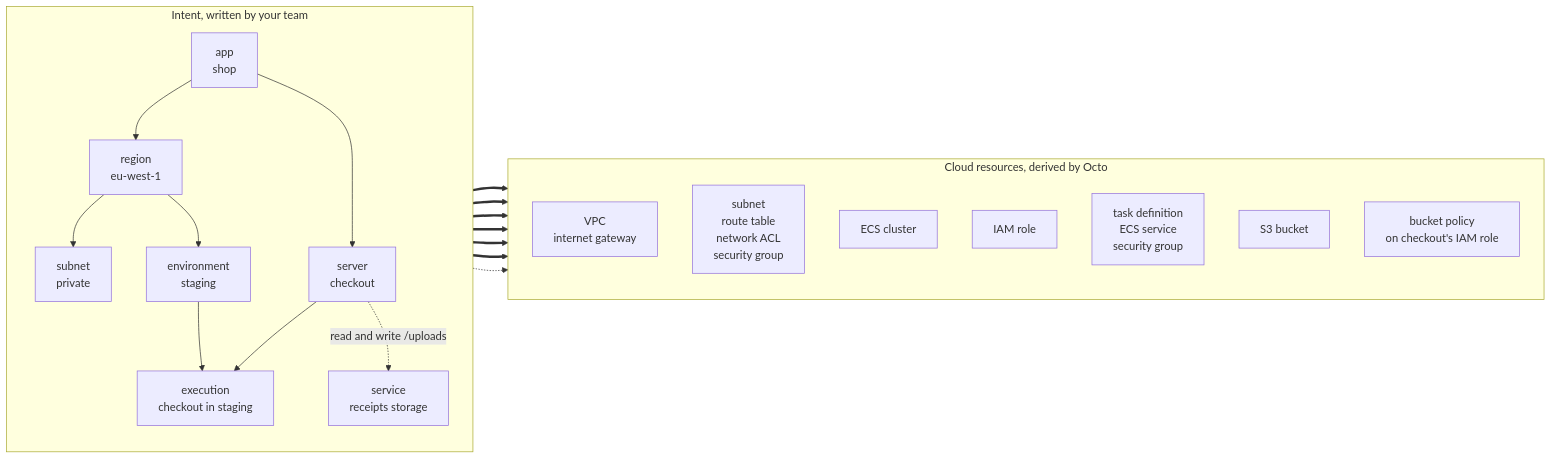
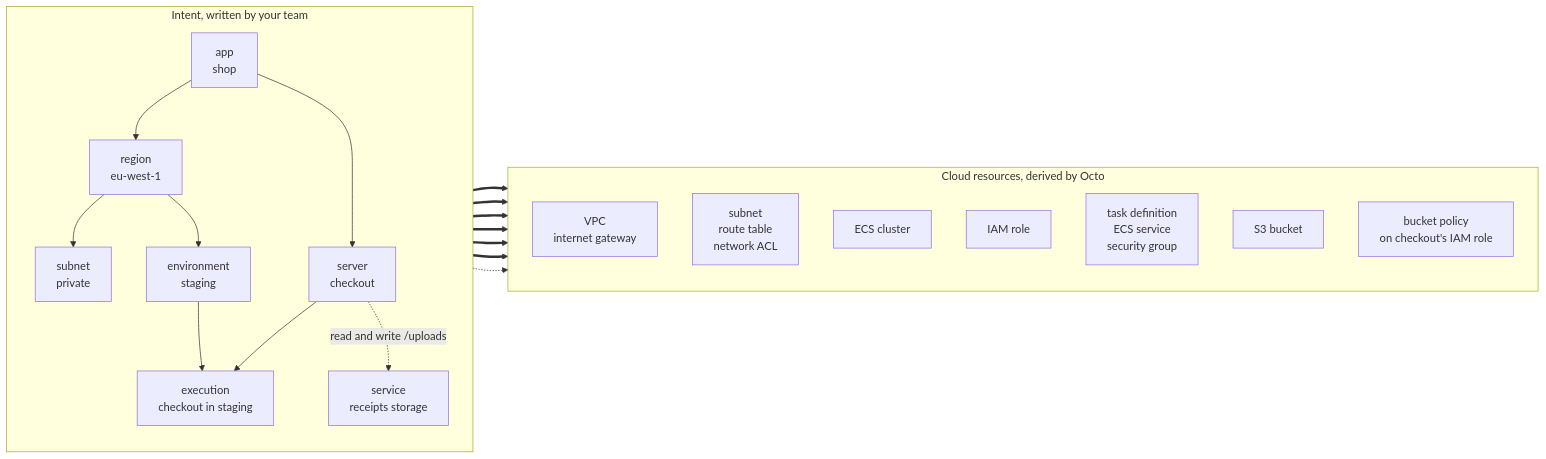
The diagram in apps/octo-docs/docs/introduction.mdx (quadnix/octo), drawn with Mermaid before and after one commit. The commit also changed 1 other file, not shown here.

Commit message:
chore(docs): octo-docs | draw the subnet the shop gets, and stop editing terraform's plan.
The introduction's diagram put a security group under the subnet. `AwsSimpleSubnetModule` creates
one only on the `localFilesystems` path, for an EFS mount target, and the shop has no filesystem:
the run that diagram depicts produces a subnet, a route table, and a network ACL. A diagram has to
be true to what the modules actually produce, and this is the first picture a reader sees of the
two columns.

`why-octo` quoted a terraform plan and appended `, every one of them (known after apply)` to
terraform's own trim line. The plan is trimmed and the page says so, which is fine; adding words to
the tool's output inside a block presented as the tool's is not, and the paragraph after it already
makes that point from `policy = (known after apply)`, which terraform did print.

Claude-Session: https://claude.ai/code/session_017g3dVFBgq8nndrPtaAb8Xr

````diff
--- a/apps/octo-docs/docs/introduction.mdx
+++ b/apps/octo-docs/docs/introduction.mdx
@@ -58,40 +58,40 @@
 ```mermaid
 graph LR
 ;
     subgraph written["Intent, written by your team"]
         direction TB;
         app["app<br/>shop"];
         region["region<br/>eu-west-1"];
         subnet["subnet<br/>private"];
         environment["environment<br/>staging"];
         server["server<br/>checkout"];
         execution["execution<br/>checkout in staging"];
         service["service<br/>receipts storage"];
         app --> region;
         region --> subnet;
         region --> environment;
         app --> server;
         server --> execution;
         environment --> execution;
         server -. " read and write /uploads " .-> service;
     end
 
     subgraph derived["Cloud resources, derived by Octo"]
         direction TB;
         regionR["VPC<br/>internet gateway"];
-        subnetR["subnet<br/>route table<br/>network ACL<br/>security group"];
+        subnetR["subnet<br/>route table<br/>network ACL"];
         environmentR["ECS cluster"];
         serverR["IAM role"];
         executionR["task definition<br/>ECS service<br/>security group"];
         serviceR["S3 bucket"];
         policyR["bucket policy<br/>on checkout's IAM role"];
     end
 
     region ==> regionR;
     subnet ==> subnetR;
     environment ==> environmentR;
     server ==> serverR;
     execution ==> executionR;
     service ==> serviceR;
     server -.-> policyR;
 ```
````
